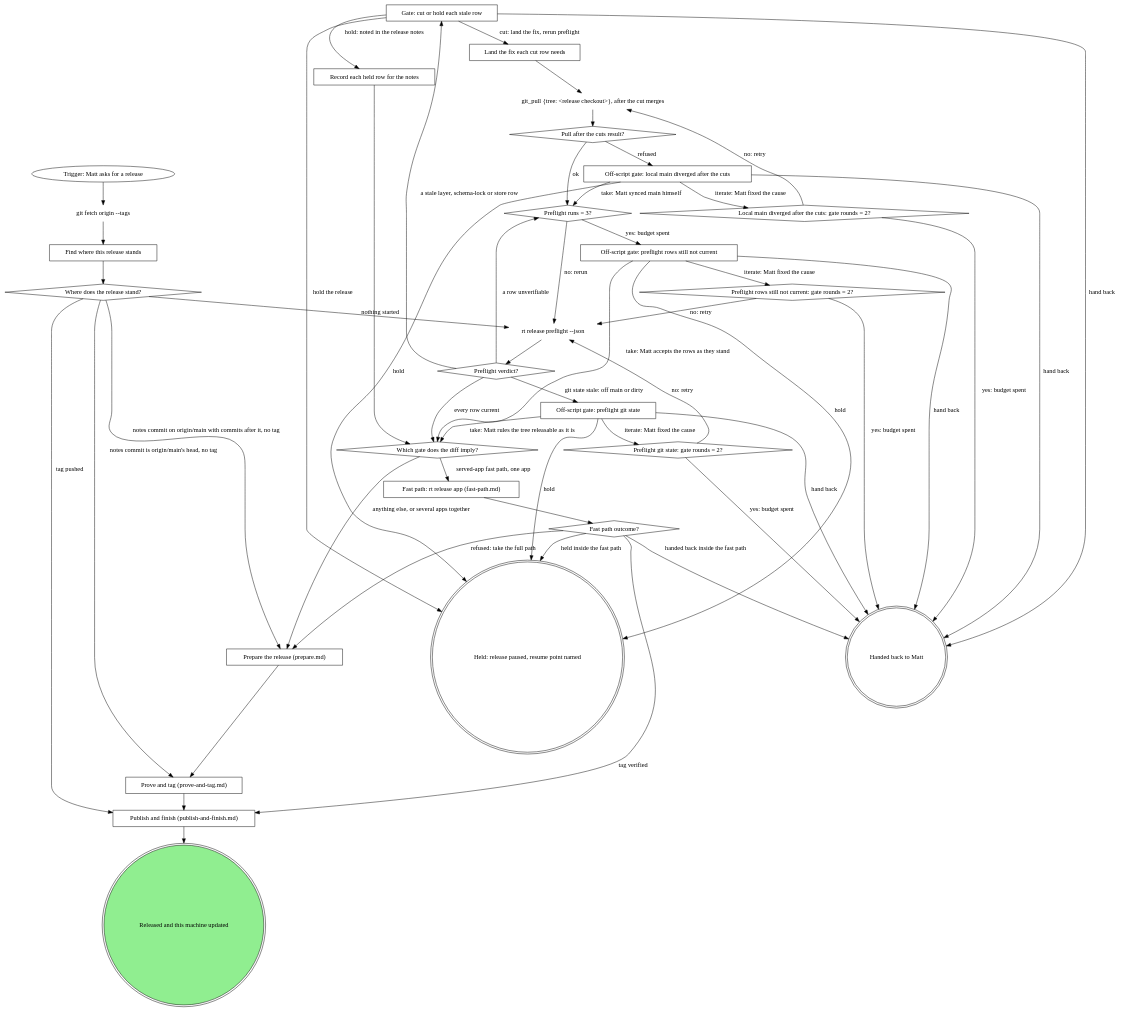
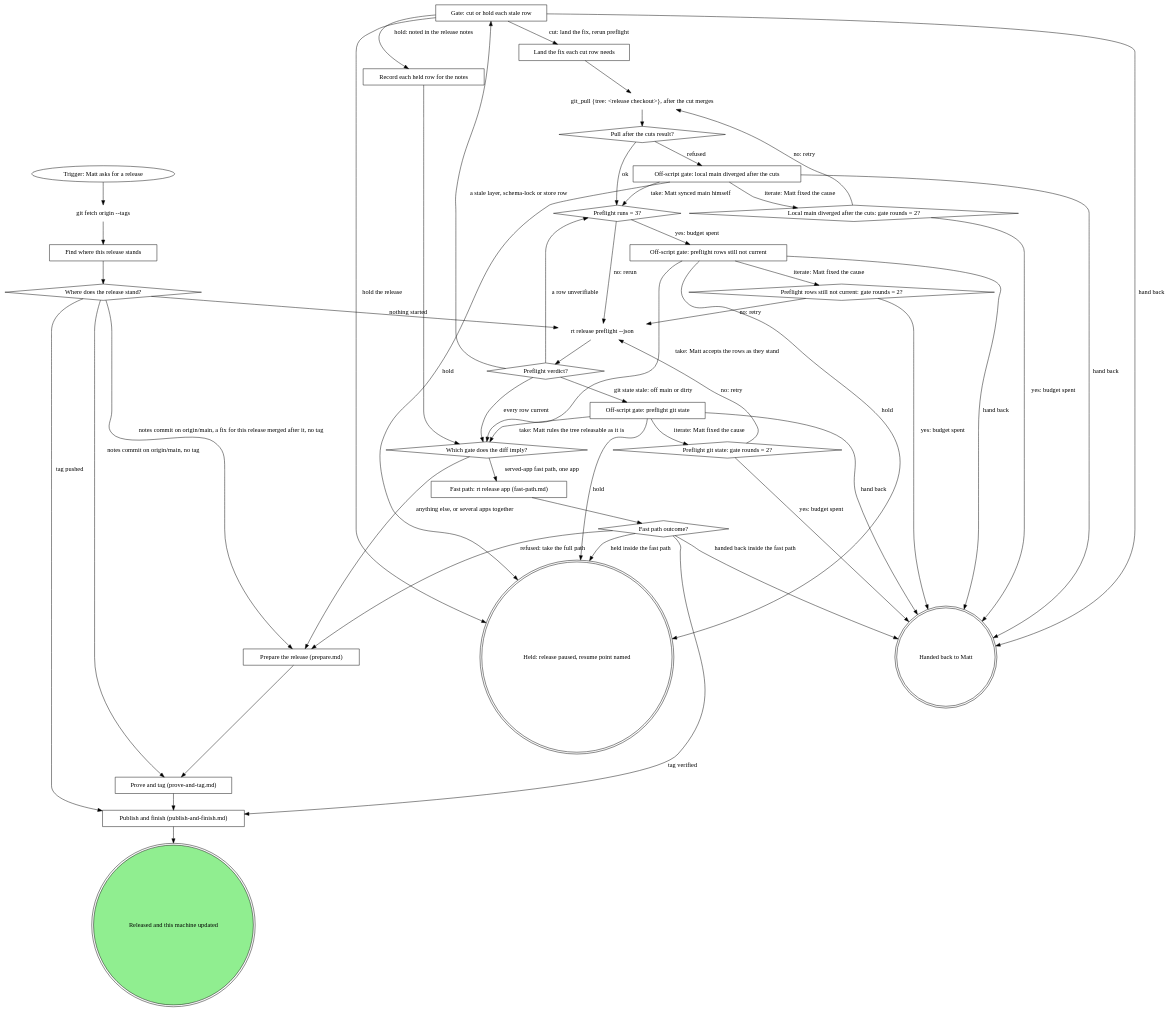
Before and after one commit to m4ttstack/mattstack: the diagram in skills/rt-release/SKILL.md, drawn with Graphviz. The commit also changed other lines of this file and 1 other file, not shown here.

Commit message:
rt-release: re-prepare only for a fix recorded at a gate

```diff
--- a/skills/rt-release/SKILL.md
+++ b/skills/rt-release/SKILL.md
@@ -60,8 +60,8 @@
     "git fetch origin --tags" -> "Find where this release stands";
     "Find where this release stands" -> "Where does the release stand?";
     "Where does the release stand?" -> "rt release preflight --json" [label="nothing started"];
-    "Where does the release stand?" -> "Prove and tag (prove-and-tag.md)" [label="notes commit is origin/main's head, no tag"];
-    "Where does the release stand?" -> "Prepare the release (prepare.md)" [label="notes commit on origin/main with commits after it, no tag"];
+    "Where does the release stand?" -> "Prove and tag (prove-and-tag.md)" [label="notes commit on origin/main, no tag"];
+    "Where does the release stand?" -> "Prepare the release (prepare.md)" [label="notes commit on origin/main, a fix for this release merged after it, no tag"];
     "Where does the release stand?" -> "Publish and finish (publish-and-finish.md)" [label="tag pushed"];
     "rt release preflight --json" -> "Preflight verdict?";
     "Preflight verdict?" -> "Which gate does the diff imply?" [label="every row current"];
```
